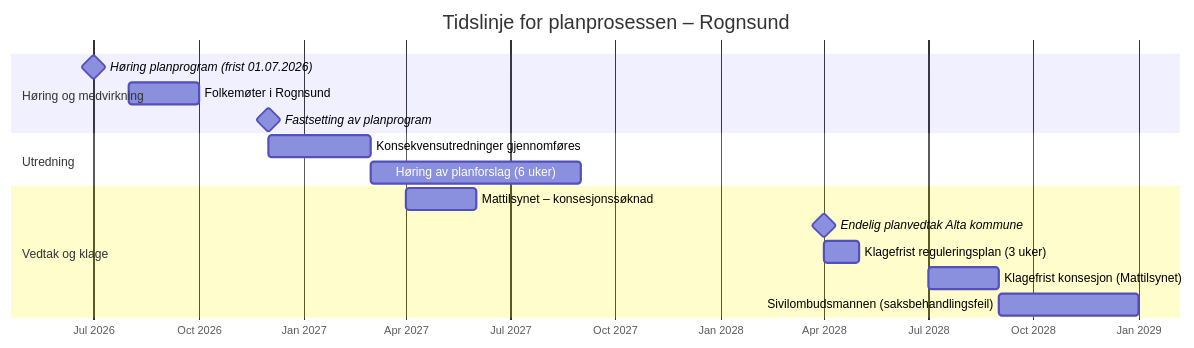
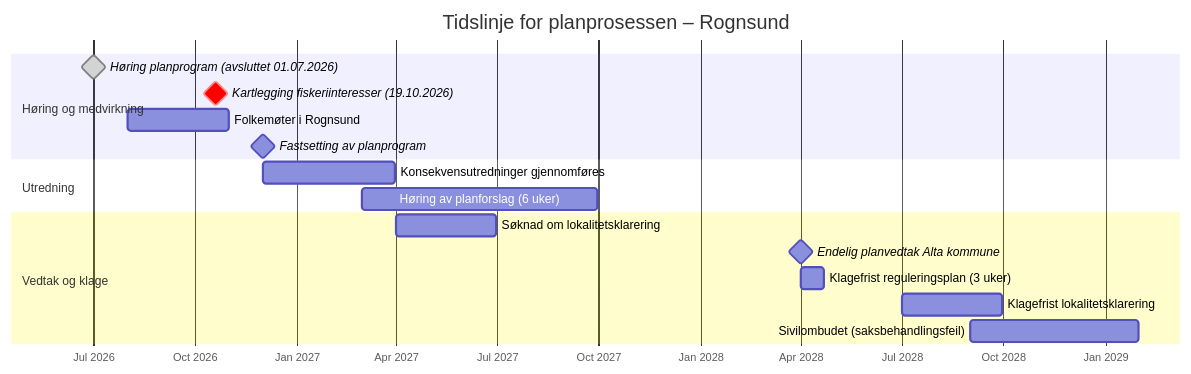
The diagram in Salmar_2026/README.md (egkristi/Rognsund_Oppdrett), drawn with Mermaid before and after one commit. The commit also changed other lines of this file and 53 other files, not shown here.

````diff
--- a/Salmar_2026/README.md
+++ b/Salmar_2026/README.md
@@ -352,22 +355,23 @@
 ```mermaid
 gantt
     title Tidslinje for planprosessen – Rognsund
-    dateFormat  YYYY-MM
+    dateFormat  YYYY-MM-DD
     axisFormat  %b %Y
 
     section Høring og medvirkning
-    Høring planprogram (frist 01.07.2026)     :milestone, 2026-07-01, 0d
-    Folkemøter i Rognsund                     :2026-08, 2026-10
-    Fastsetting av planprogram                :milestone, 2026-12, 0d
+    Høring planprogram (avsluttet 01.07.2026) :done, milestone, 2026-07-01, 0d
+    Kartlegging fiskeriinteresser (19.10.2026) :crit, milestone, 2026-10-19, 0d
+    Folkemøter i Rognsund                     :2026-08-01, 2026-10-31
+    Fastsetting av planprogram                :milestone, 2026-12-01, 0d
 
     section Utredning
-    Konsekvensutredninger gjennomføres        :2026-12, 2027-03
-    Høring av planforslag (6 uker)            :2027-03, 2027-09
+    Konsekvensutredninger gjennomføres        :2026-12-01, 2027-03-31
+    Høring av planforslag (6 uker)            :2027-03-01, 2027-09-30
 
     section Vedtak og klage
-    Mattilsynet – konsesjonssøknad            :2027-04, 2027-06
-    Endelig planvedtak Alta kommune           :milestone, 2028-04, 0d
-    Klagefrist reguleringsplan (3 uker)       :2028-04, 2028-05
-    Klagefrist konsesjon (Mattilsynet)        :2028-07, 2028-09
-    Sivilombudsmannen (saksbehandlingsfeil)   :2028-09, 2029-01
+    Søknad om lokalitetsklarering             :2027-04-01, 2027-06-30
+    Endelig planvedtak Alta kommune           :milestone, 2028-04-01, 0d
+    Klagefrist reguleringsplan (3 uker)       :2028-04-01, 2028-04-22
+    Klagefrist lokalitetsklarering            :2028-07-01, 2028-09-30
+    Sivilombudet (saksbehandlingsfeil)        :2028-09-01, 2029-01-31
 ```
````
